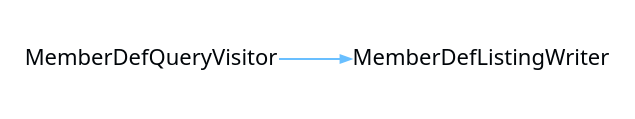
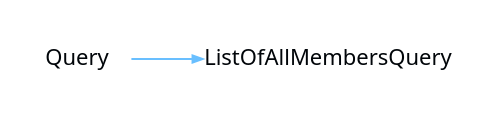
The diagram in Current/images/internal-diagram-40.dot (CharlesCarley/MdDox), drawn with Graphviz before and after one commit. The commit also changed 834 other files, not shown here.

```diff
--- a/Current/images/internal-diagram-40.dot
+++ b/Current/images/internal-diagram-40.dot
@@ -1,26 +1,26 @@
 digraph {
  rankdir = "LR"
  bgcolor = none;
  layout  = dot;
  edge [
    arrowsize = "0.5"
    color     = "#69BFFFFF"
  ]
- WURubES[
+ d0d8MA2[
    shape    = none
-   label    = "MemberDefQueryVisitor"
+   label    = "Query"
    margin   = "0.01"
    fontname = "Segoe UI"
    fontsize = "11"
    fontcolor= "#010509FF"
  ]
- dGaubES[
+ W618MA2[
    shape    = none
-   label    = "MemberDefListingWriter"
+   label    = "ListOfAllMembersQuery"
    margin   = "0.01"
    fontname = "Segoe UI"
    fontsize = "11"
    fontcolor= "#010509FF"
  ]
- WURubES->dGaubES
+ d0d8MA2->W618MA2
 }
```
